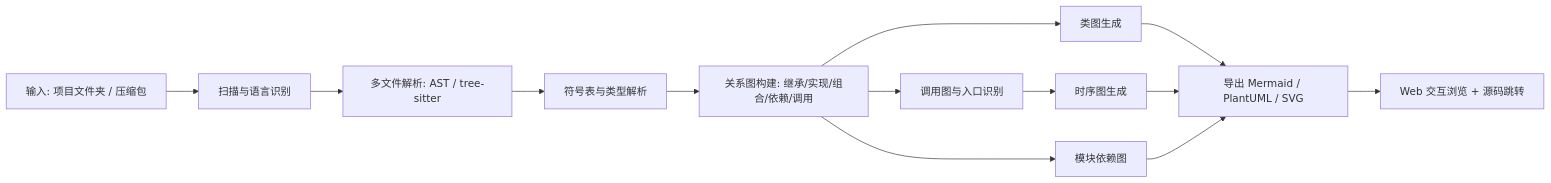
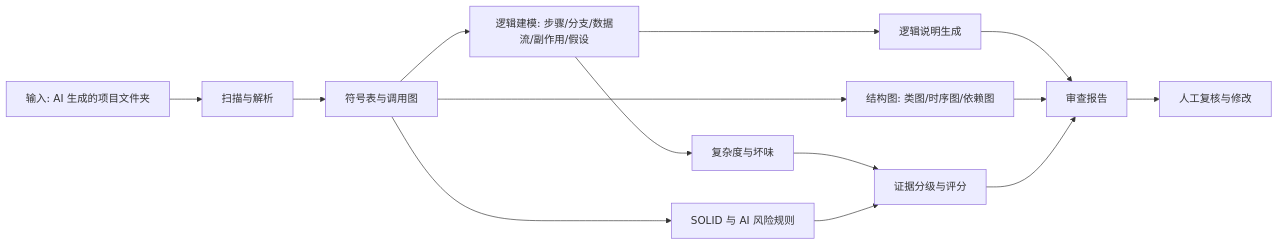
The diagram in docs/requirements/problem_definition.md (kane0204/CodeLens), drawn with Mermaid before and after one commit. The commit also changed other lines of this file and 10 other files, not shown here.

````diff
--- a/docs/requirements/problem_definition.md
+++ b/docs/requirements/problem_definition.md
@@ -83,15 +101,16 @@
 ```mermaid
 flowchart LR
-    A[输入: 项目文件夹 / 压缩包] --> B[扫描与语言识别]
-    B --> C[多文件解析: AST / tree-sitter]
-    C --> D[符号表与类型解析]
-    D --> E[关系图构建: 继承/实现/组合/依赖/调用]
-    E --> F[类图生成]
-    E --> G[调用图与入口识别]
-    G --> H[时序图生成]
-    E --> I[模块依赖图]
-    F --> J[导出 Mermaid / PlantUML / SVG]
-    H --> J
+    A[输入: AI 生成的项目文件夹] --> B[扫描与解析]
+    B --> C[符号表与调用图]
+    C --> D[逻辑建模: 步骤/分支/数据流/副作用/假设]
+    D --> E[逻辑说明生成]
+    C --> F[结构图: 类图/时序图/依赖图]
+    D --> G[复杂度与坏味]
+    C --> H[SOLID 与 AI 风险规则]
+    G --> I[证据分级与评分]
+    H --> I
+    E --> J[审查报告]
+    F --> J
     I --> J
-    J --> K[Web 交互浏览 + 源码跳转]
+    J --> K[人工复核与修改]
 ```
````
